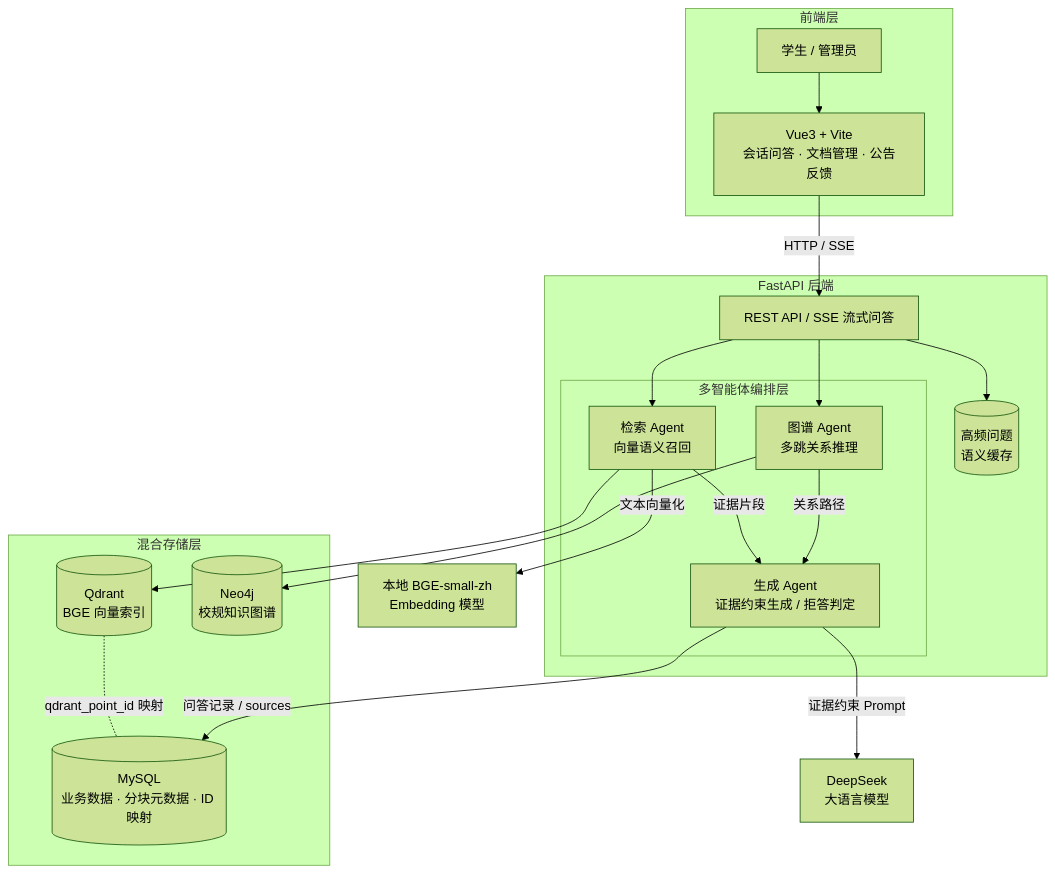
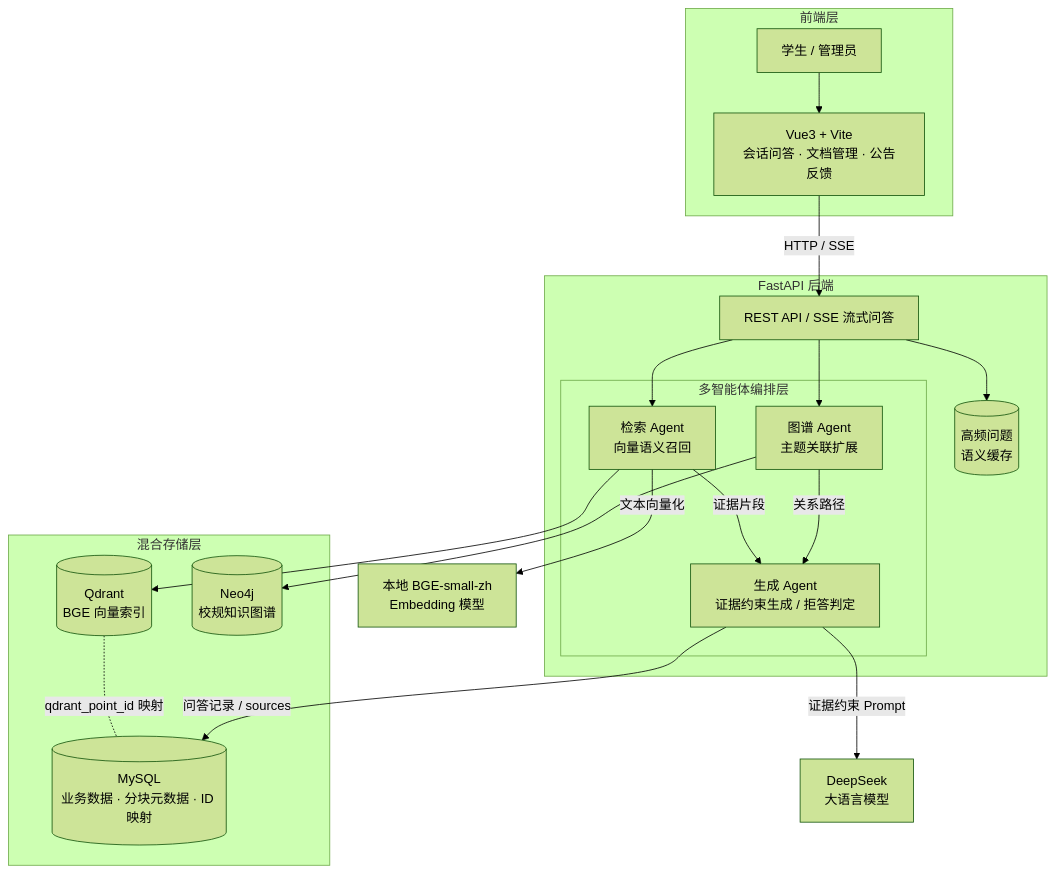
Before and after one commit to xc-0525/school-rules-rag-platform: the first of 3 diagrams in README.md, drawn with Mermaid (forest theme). The commit also changed other lines of this file and 33 other files, not shown here.

````diff
--- a/README.md
+++ b/README.md
@@ -110,38 +114,38 @@
 ```mermaid
 flowchart TB
     subgraph Client["前端层"]
         U[学生 / 管理员]
         FE["Vue3 + Vite<br/>会话问答 · 文档管理 · 公告反馈"]
     end
 
     subgraph Server["FastAPI 后端"]
         API["REST API / SSE 流式问答"]
         CACHE[(高频问题<br/>语义缓存)]
         subgraph Agents["多智能体编排层"]
             RA["检索 Agent<br/>向量语义召回"]
-            GA["图谱 Agent<br/>多跳关系推理"]
+            GA["图谱 Agent<br/>主题关联扩展"]
             GE["生成 Agent<br/>证据约束生成 / 拒答判定"]
         end
     end
 
     subgraph Storage["混合存储层"]
         MYSQL[("MySQL<br/>业务数据 · 分块元数据 · ID 映射")]
         QDRANT[("Qdrant<br/>BGE 向量索引")]
         NEO4J[("Neo4j<br/>校规知识图谱")]
     end
 
     EMB["本地 BGE-small-zh<br/>Embedding 模型"]
     LLM["DeepSeek<br/>大语言模型"]
 
     U --> FE -->|"HTTP / SSE"| API
     API --> CACHE
     API --> RA & GA
     RA -->|"文本向量化"| EMB
     RA --> QDRANT
     GA --> NEO4J
     QDRANT -. "qdrant_point_id 映射" .- MYSQL
     RA -->|"证据片段"| GE
     GA -->|"关系路径"| GE
     GE -->|"证据约束 Prompt"| LLM
     GE -->|"问答记录 / sources"| MYSQL
 ```
````
